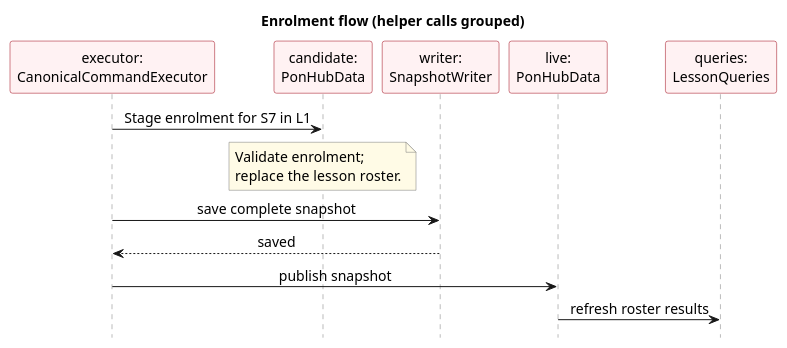
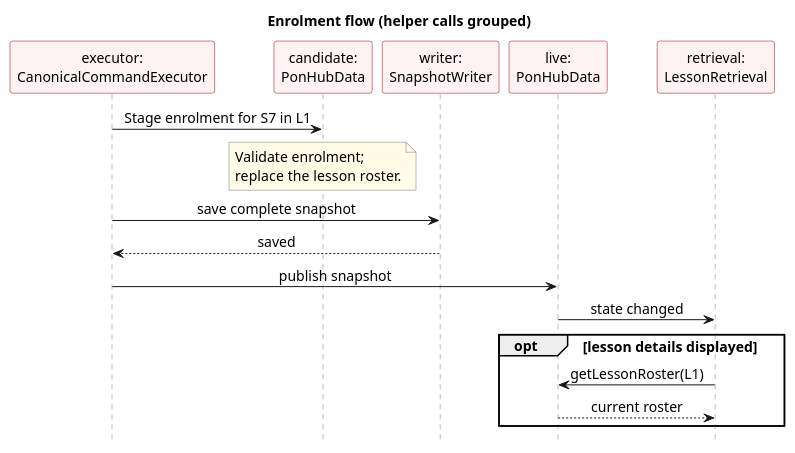
One commit to AY2627S1-CS2103T-F13-3/tp changed the diagram in docs/diagrams/StudentEnrolmentSequenceDiagram.puml. Above: the diagram before and after it, drawn with PlantUML. The commit also changed 4 other files, not shown here.

First line of the commit message:
Correct roster refresh path in developer guide

```diff
--- a/docs/diagrams/StudentEnrolmentSequenceDiagram.puml
+++ b/docs/diagrams/StudentEnrolmentSequenceDiagram.puml
@@ -1,32 +1,36 @@
 @startuml
 ' Draft by Vincent Lin with OpenAI Codex assistance.
 ' Self-contained source; render with PlantUML 1.2025.3.
 ' Command and transaction helper calls are grouped as operation descriptions.
 skinparam defaultFontName Arial
 skinparam defaultFontSize 14
 skinparam shadowing false
 skinparam sequenceMessageAlign center
 skinparam sequenceParticipantBackgroundColor #FFF2F3
 skinparam sequenceParticipantBorderColor #9D0012
 skinparam sequenceLifeLineBorderColor #777777
 skinparam noteBackgroundColor #FFFBE6
 skinparam noteBorderColor #777777
 hide footbox
 
 title Enrolment flow (helper calls grouped)
 participant "executor:\nCanonicalCommandExecutor" as Logic
 participant "candidate:\nPonHubData" as Candidate
 participant "writer:\nSnapshotWriter" as Storage
 participant "live:\nPonHubData" as Live
-participant "queries:\nLessonQueries" as Queries
+participant "retrieval:\nLessonRetrieval" as Retrieval
 
 Logic -> Candidate : Stage enrolment for S7 in L1
 note over Candidate
   Validate enrolment;
   replace the lesson roster.
 end note
 Logic -> Storage : save complete snapshot
 Storage --> Logic : saved
 Logic -> Live : publish snapshot
-Live -> Queries : refresh roster results
+Live -> Retrieval : state changed
+opt lesson details displayed
+  Retrieval -> Live : getLessonRoster(L1)
+  Live --> Retrieval : current roster
+end
 @enduml
```
